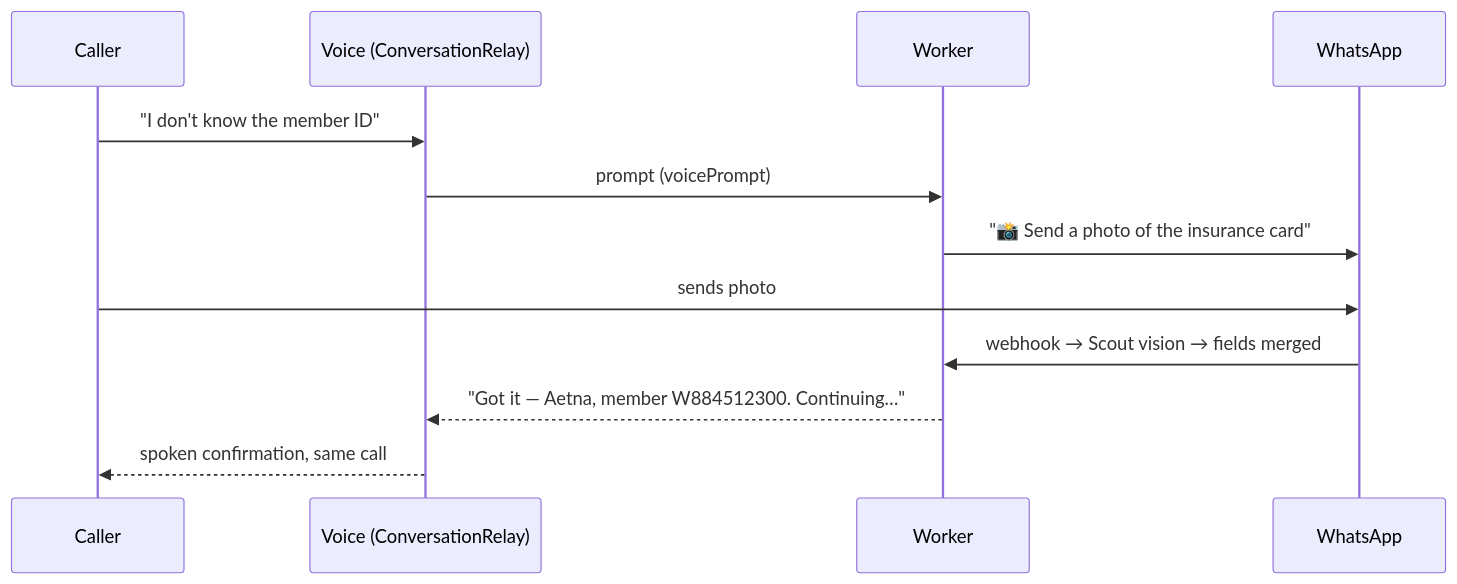
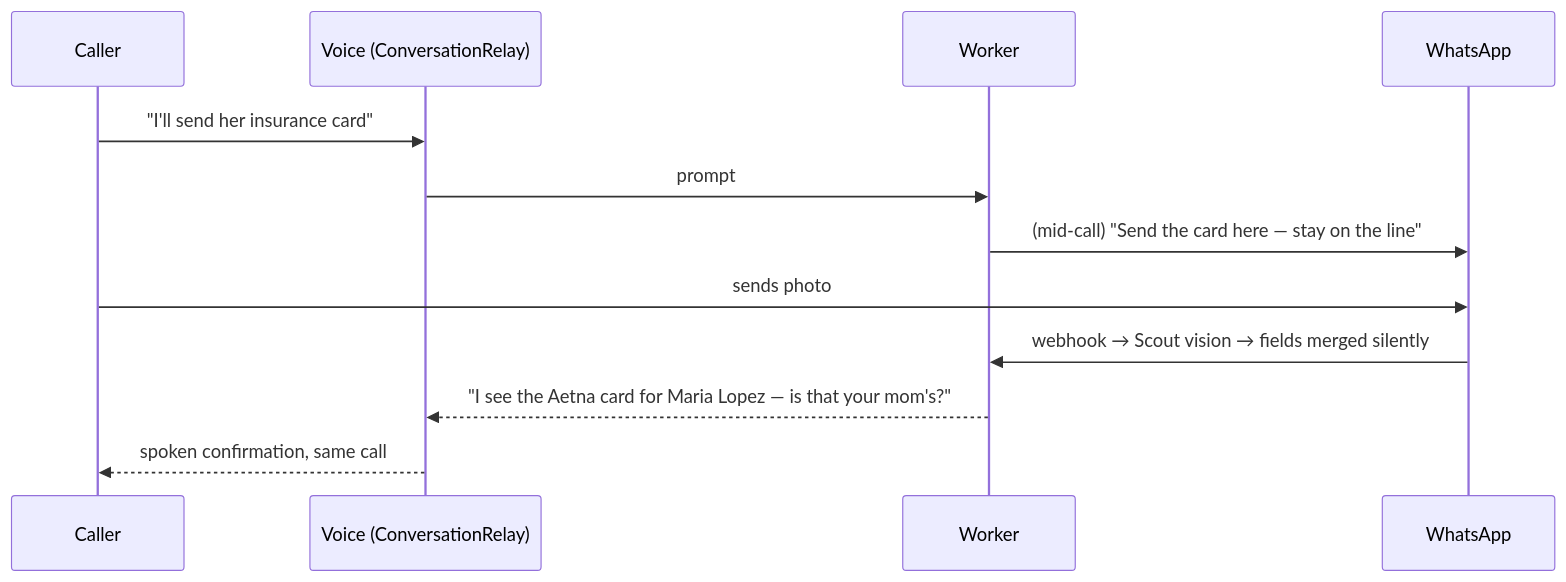
The fifth of 5 diagrams in README.md (roshaninfordham/intakecare-ai), drawn with Mermaid before and after one commit. The commit also changed other lines of this file and 1 other file, not shown here.

````diff
--- a/README.md
+++ b/README.md
@@ -102,14 +137,14 @@
 ```mermaid
 sequenceDiagram
     participant C as Caller
     participant V as Voice (ConversationRelay)
     participant W as Worker
     participant WA as WhatsApp
-    C->>V: "I don't know the member ID"
-    V->>W: prompt (voicePrompt)
-    W->>WA: "📸 Send a photo of the insurance card"
+    C->>V: "I'll send her insurance card"
+    V->>W: prompt
+    W->>WA: (mid-call) "Send the card here — stay on the line"
     C->>WA: sends photo
-    WA->>W: webhook → Scout vision → fields merged
-    W-->>V: "Got it — Aetna, member W884512300. Continuing…"
+    WA->>W: webhook → Scout vision → fields merged silently
+    W-->>V: "I see the Aetna card for Maria Lopez — is that your mom's?"
     V-->>C: spoken confirmation, same call
 ```
````
